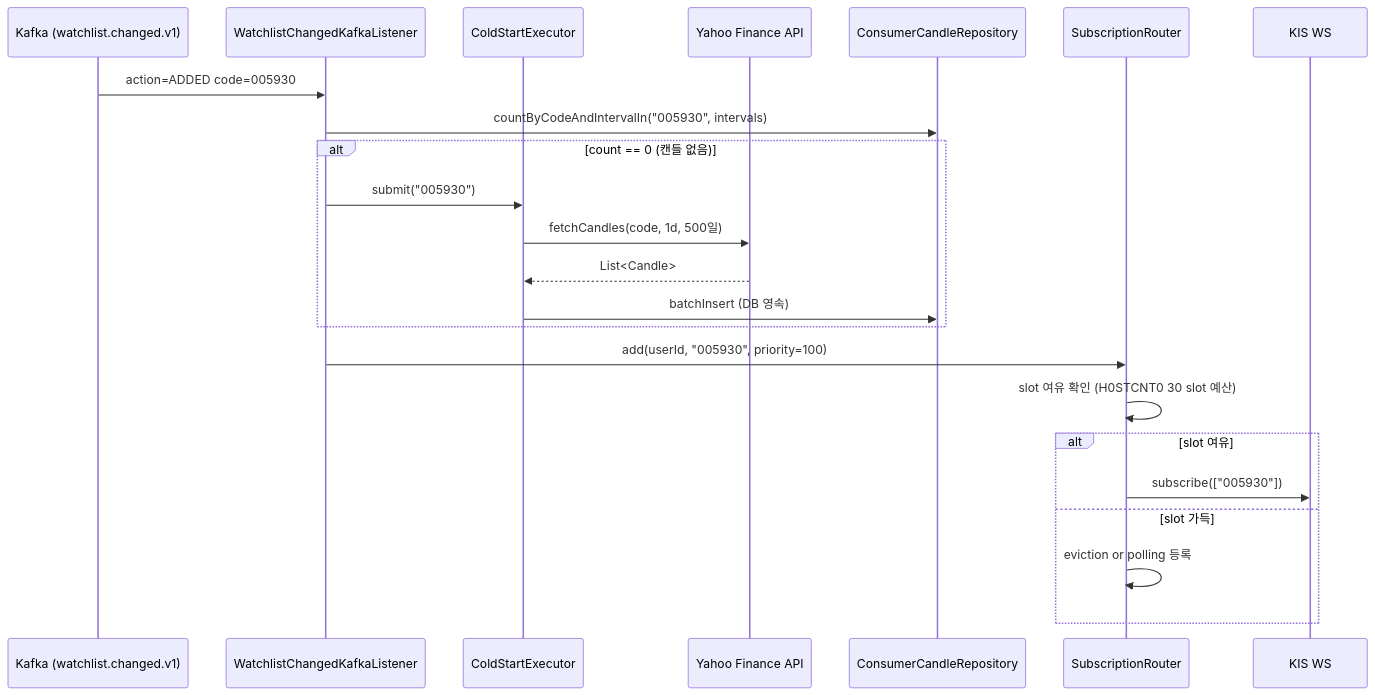
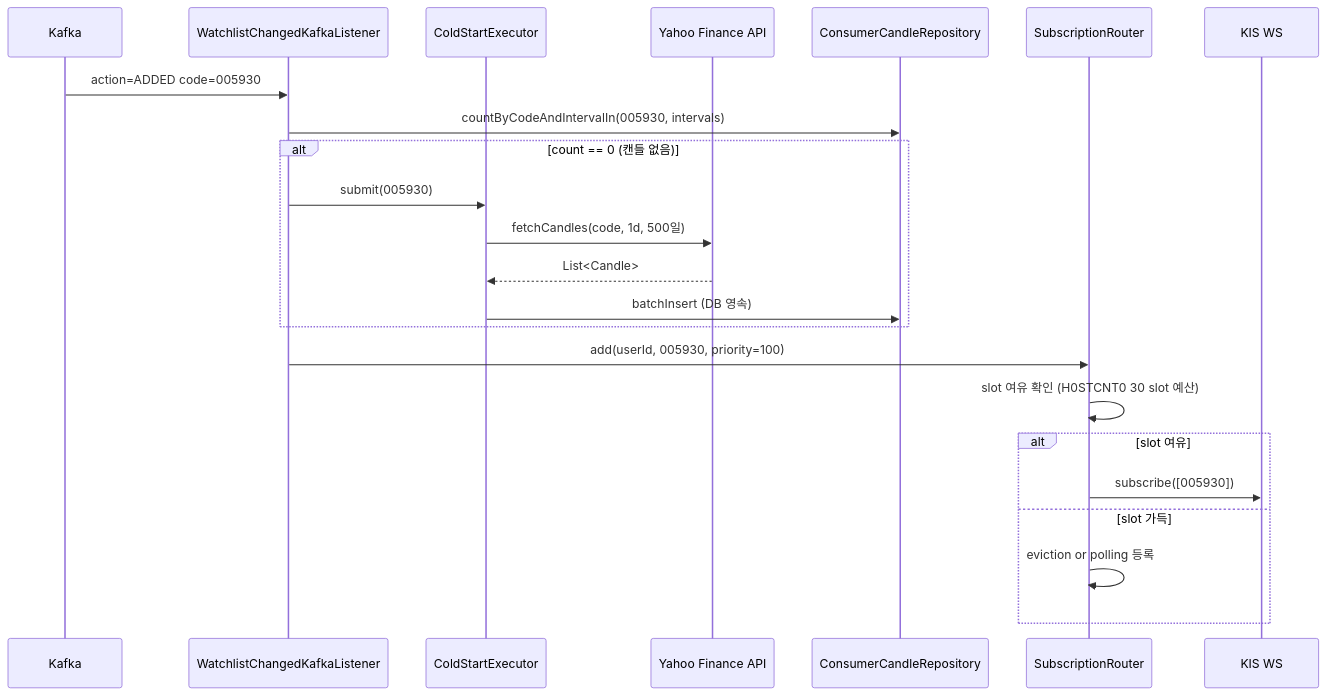
The tenth of 12 diagrams in _workspace/baseline/v3.1.0/02-data-flow.md (sp-daewoon/magicJar), drawn with Mermaid before and after one commit. The commit also changed other lines of this file and 9 other files, not shown here.

First line of the commit message:
fix(baseline+script): Mermaid 10 syntax error 일괄 정정

````diff
--- a/_workspace/baseline/v3.1.0/02-data-flow.md
+++ b/_workspace/baseline/v3.1.0/02-data-flow.md
@@ -291,26 +291,26 @@
 ```mermaid
 sequenceDiagram
-    participant KAFKA as Kafka (watchlist.changed.v1)
+    participant KAFKA as Kafka
     participant LISTENER as WatchlistChangedKafkaListener
     participant COLD as ColdStartExecutor
     participant YAHOO as Yahoo Finance API
     participant REPO as ConsumerCandleRepository
     participant ROUTER as SubscriptionRouter
     participant KISWS as KIS WS
 
     KAFKA->>LISTENER: action=ADDED code=005930
-    LISTENER->>REPO: countByCodeAndIntervalIn("005930", intervals)
+    LISTENER->>REPO: countByCodeAndIntervalIn(005930, intervals)
     alt count == 0 (캔들 없음)
-        LISTENER->>COLD: submit("005930")
+        LISTENER->>COLD: submit(005930)
         COLD->>YAHOO: fetchCandles(code, 1d, 500일)
         YAHOO-->>COLD: List<Candle>
         COLD->>REPO: batchInsert (DB 영속)
     end
-    LISTENER->>ROUTER: add(userId, "005930", priority=100)
+    LISTENER->>ROUTER: add(userId, 005930, priority=100)
     ROUTER->>ROUTER: slot 여유 확인 (H0STCNT0 30 slot 예산)
     alt slot 여유
-        ROUTER->>KISWS: subscribe(["005930"])
+        ROUTER->>KISWS: subscribe([005930])
     else slot 가득
         ROUTER->>ROUTER: eviction or polling 등록
     end
 ```
````
